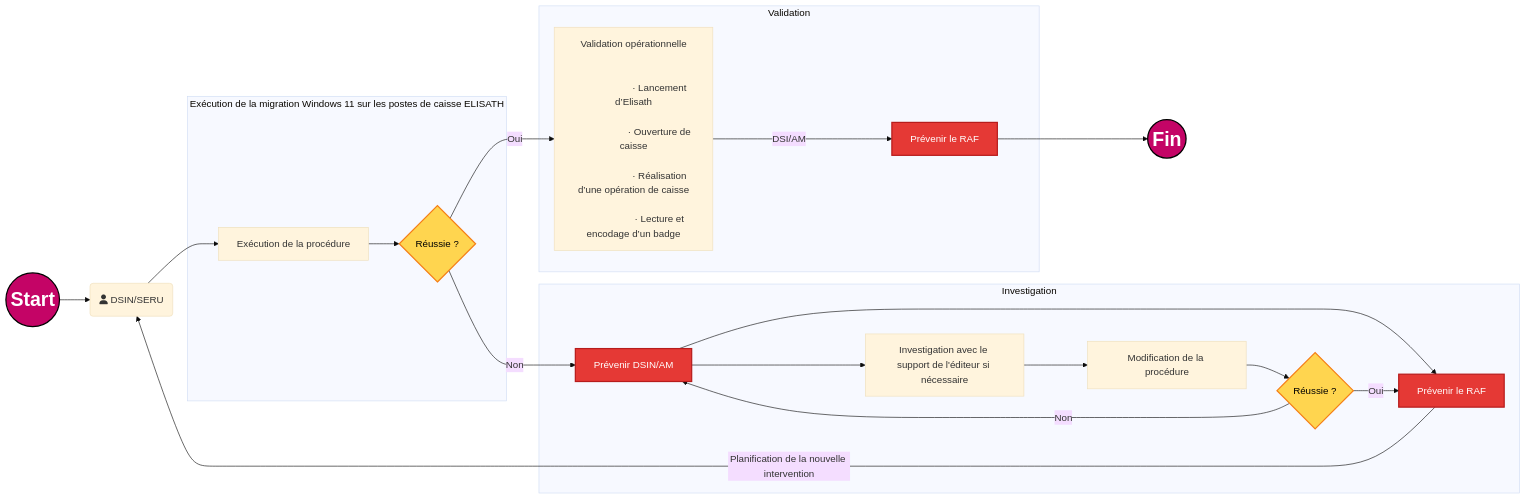
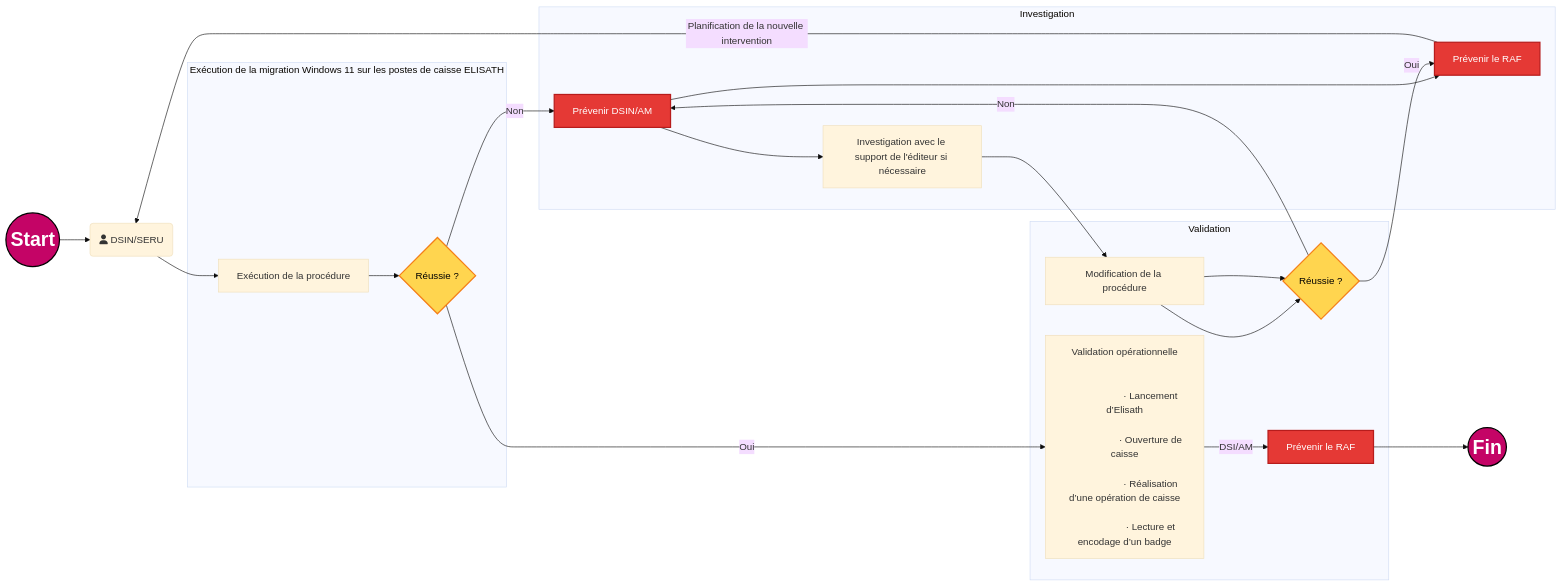
One commit to fdadda/iodraw-files changed the diagram in all/Flux de validation.md. Above: the diagram before and after it, drawn with Mermaid (base theme).

Commit message:
2026-05-12 11:32:44 update

````diff
--- a/all/Flux de validation.md
+++ b/all/Flux de validation.md
@@ -1,58 +1,58 @@
 ```mermaid
 flowchart LR
 
     start((Start)) --> A
     A(fa:fa-user DSIN/SERU) --> B[Exécution de la procédure]
 
     subgraph Exécution de la migration Windows 11 sur les postes de caisse ELISATH
         B --> C{Réussie ?}
     end
 
     subgraph Validation
         C -->|Oui| D["Validation opérationnelle<br/><br/>
                     · Lancement d’Elisath<br/>
                     · Ouverture de caisse<br/>
                     · Réalisation d’une opération de caisse<br/>
                     · Lecture et encodage d’un badge"]
-        
+         H --> I{Réussie ?}
         D -->|DSI/AM| J[Prévenir le RAF]
     end
 
     J --> fin((Fin))
 
     subgraph Investigation
         C -->|Non| E[Prévenir DSIN/AM]
         E --> F[Prévenir le RAF]
         E --> G[Investigation avec le support de l'éditeur si nécessaire]
         G --> H[Modification de la procédure]
         H --> I{Réussie ?}
         I -->|Oui| F
         I -->|Non| E
     end
 
     F -->|Planification de la nouvelle intervention| A
 
     %% --- STYLES ---
     classDef StartEndPoint fill:#c40466,stroke:#000,color:#fff,stroke-width:2px,font-size:16px,font-weight:bold;
     classDef decision      fill:#ffd54f,stroke:#f57f17,color:#000,stroke-width:2px;
     classDef error         fill:#e53935,stroke:#b71c1c,color:#fff,stroke-width:2px;
 
     %% --- AFFECTATION DES CLASSES ---
     class start,fin StartEndPoint;
     class C,I decision;
     class E,F,J error;
 
     %% --- “CEINTURE + BRETELLES” (force le style sur les 2 nœuds) ---
     style start font-size:32px,font-weight:bold
     style fin   font-size:32px,font-weight:bold
 
     %% --- Coide couleur ---
     %% Bleu marine #000080 un peu plus doux
     %% Midnight blue #191970 bleu nuit profond 
     %% Bleu foncé intense #080F70 plus “design”, légèrement grisé 
     %% Bleu foncé moderne #111184 un peu plus lumineux
     %% Orange #ffd54f
     %% Rouge #e53935
     %% Rose CAPI #c40466
 
 ```
````
